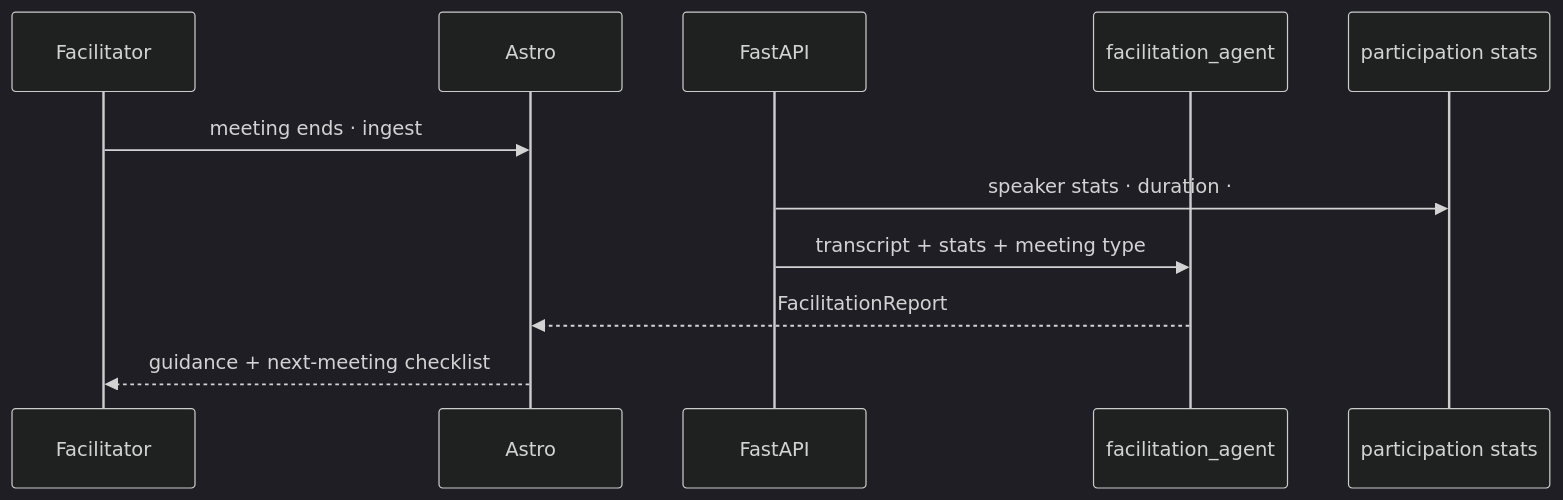
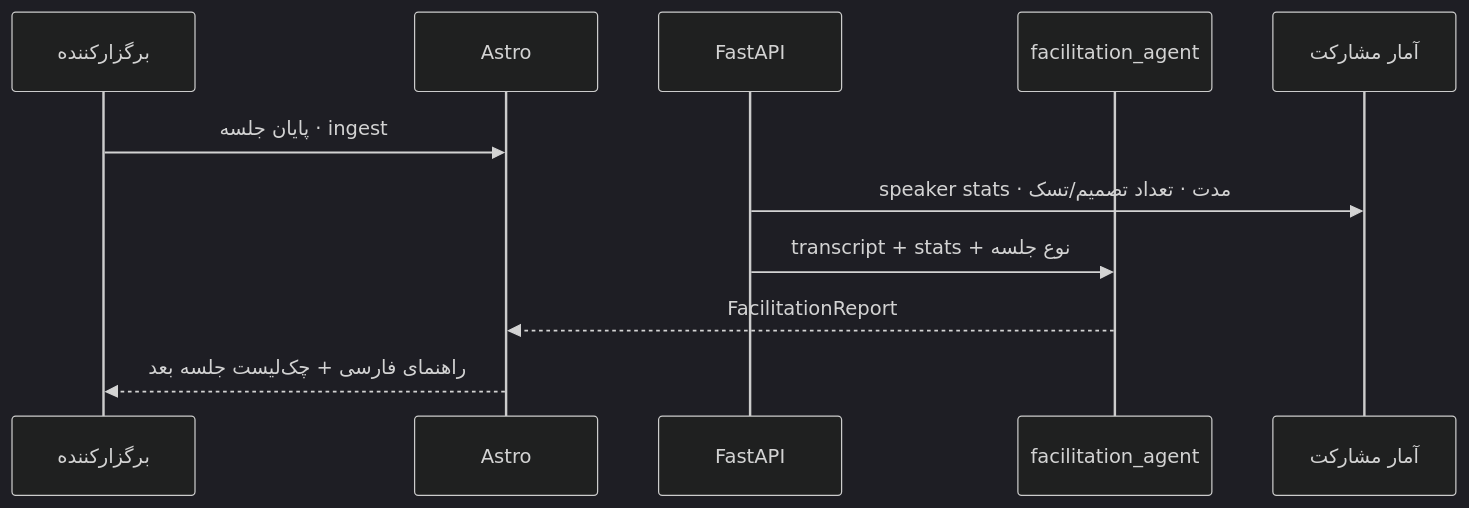
The diagram in docs/diagrams/03-roadmap-and-future-work-3.mmd (Rvin-zh/meeting-assistant), drawn with Mermaid (dark theme) before and after one commit. The commit also changed 35 other files, not shown here.

```diff
--- a/docs/diagrams/03-roadmap-and-future-work-3.mmd
+++ b/docs/diagrams/03-roadmap-and-future-work-3.mmd
@@ -1,12 +1,12 @@
 sequenceDiagram
-    participant O as Facilitator
+    participant O as برگزارکننده
     participant UI as Astro
     participant API as FastAPI
     participant FA as facilitation_agent
-    participant ST as participation stats
+    participant ST as آمار مشارکت
 
-    O->>UI: meeting ends · ingest
-    API->>ST: speaker stats · duration · #decisions/#tasks
-    API->>FA: transcript + stats + meeting type
+    O->>UI: پایان جلسه · ingest
+    API->>ST: speaker stats · مدت · تعداد تصمیم/تسک
+    API->>FA: transcript + stats + نوع جلسه
     FA-->>UI: FacilitationReport
-    UI-->>O: guidance + next-meeting checklist
+    UI-->>O: راهنمای فارسی + چک‌لیست جلسه بعد
```
